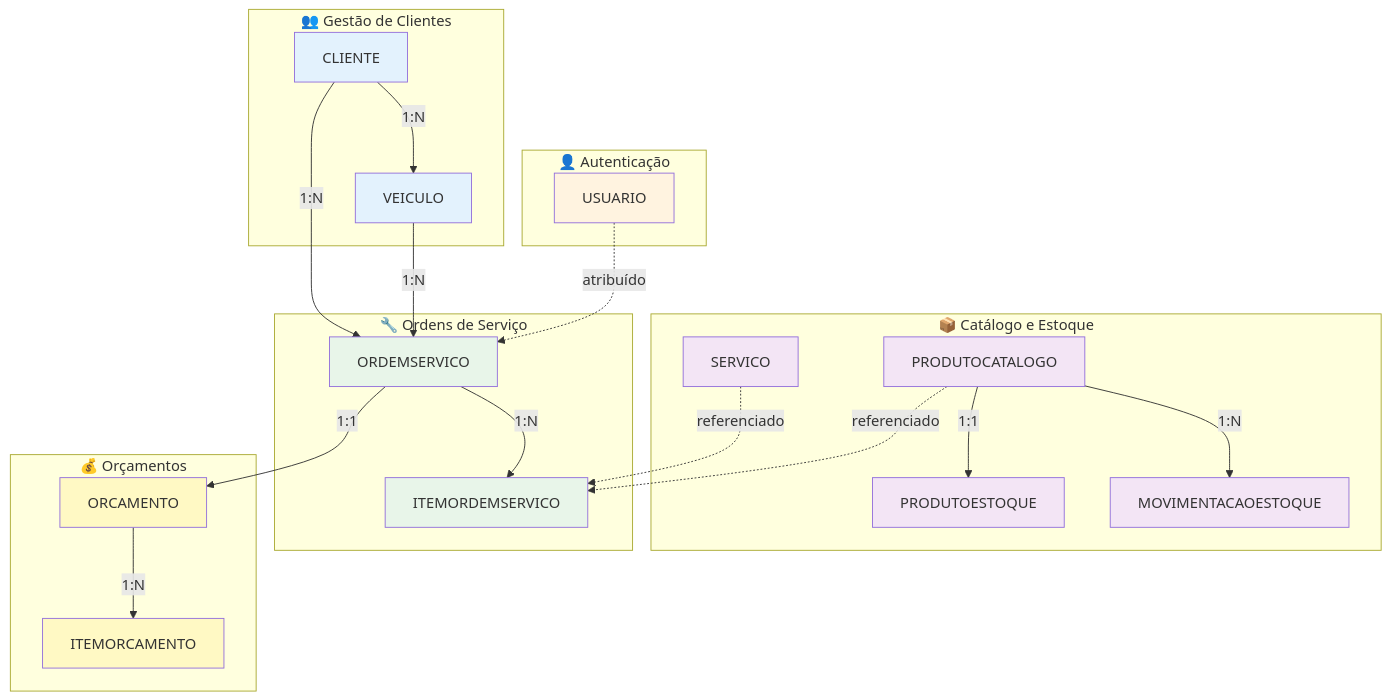
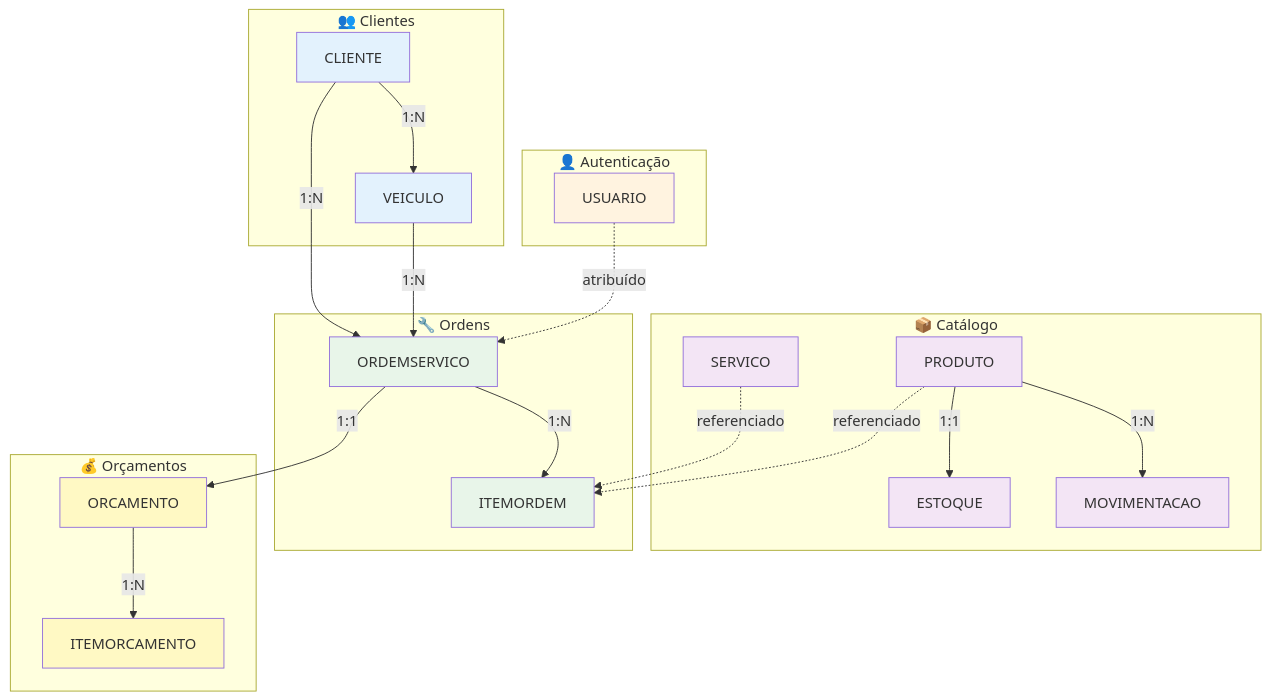
Before and after one commit to fiap-soat-grupo36/infra-database: the eighth of 8 diagrams in docs/diagramas/er-completo.md, drawn with Mermaid. The commit also changed other lines of this file, not shown here.

Commit message:
fix: diagramas ER compatíveis com GitHub

````diff
--- a/docs/diagramas/er-completo.md
+++ b/docs/diagramas/er-completo.md
@@ -450,52 +420,52 @@
 ```mermaid
 graph TB
     subgraph Auth[👤 Autenticação]
-        USUARIO[USUARIO]
+        U[USUARIO]
     end
 
-    subgraph Customer[👥 Gestão de Clientes]
-        CLIENTE[CLIENTE]
-        VEICULO[VEICULO]
+    subgraph Customer[👥 Clientes]
+        C[CLIENTE]
+        V[VEICULO]
     end
 
-    subgraph Catalog[📦 Catálogo e Estoque]
-        SERVICO[SERVICO]
-        PRODUTO[PRODUTOCATALOGO]
-        ESTOQUE[PRODUTOESTOQUE]
-        MOVIMENTACAO[MOVIMENTACAOESTOQUE]
+    subgraph Catalog[📦 Catálogo]
+        S[SERVICO]
+        P[PRODUTO]
+        E[ESTOQUE]
+        M[MOVIMENTACAO]
     end
 
-    subgraph WorkOrder[🔧 Ordens de Serviço]
+    subgraph WorkOrder[🔧 Ordens]
         OS[ORDEMSERVICO]
-        ITEM_OS[ITEMORDEMSERVICO]
+        IO[ITEMORDEM]
     end
 
     subgraph Budget[💰 Orçamentos]
-        ORCAMENTO[ORCAMENTO]
-        ITEM_ORC[ITEMORCAMENTO]
+        OR[ORCAMENTO]
+        IOR[ITEMORCAMENTO]
     end
 
-    CLIENTE -->|1:N| VEICULO
-    CLIENTE -->|1:N| OS
-    VEICULO -->|1:N| OS
-    USUARIO -.->|atribuído| OS
-    OS -->|1:N| ITEM_OS
-    OS -->|1:1| ORCAMENTO
-    ORCAMENTO -->|1:N| ITEM_ORC
-    SERVICO -.->|referenciado| ITEM_OS
-    PRODUTO -->|1:1| ESTOQUE
-    PRODUTO -.->|referenciado| ITEM_OS
-    PRODUTO -->|1:N| MOVIMENTACAO
+    C -->|1:N| V
+    C -->|1:N| OS
+    V -->|1:N| OS
+    U -.->|atribuído| OS
+    OS -->|1:N| IO
+    OS -->|1:1| OR
+    OR -->|1:N| IOR
+    S -.->|referenciado| IO
+    P -->|1:1| E
+    P -.->|referenciado| IO
+    P -->|1:N| M
 
-    style CLIENTE fill:#e3f2fd
-    style VEICULO fill:#e3f2fd
-    style USUARIO fill:#fff3e0
-    style SERVICO fill:#f3e5f5
-    style PRODUTO fill:#f3e5f5
-    style ESTOQUE fill:#f3e5f5
-    style MOVIMENTACAO fill:#f3e5f5
+    style C fill:#e3f2fd
+    style V fill:#e3f2fd
+    style U fill:#fff3e0
+    style S fill:#f3e5f5
+    style P fill:#f3e5f5
+    style E fill:#f3e5f5
+    style M fill:#f3e5f5
     style OS fill:#e8f5e9
-    style ITEM_OS fill:#e8f5e9
-    style ORCAMENTO fill:#fff9c4
-    style ITEM_ORC fill:#fff9c4
+    style IO fill:#e8f5e9
+    style OR fill:#fff9c4
+    style IOR fill:#fff9c4
 ```
````
